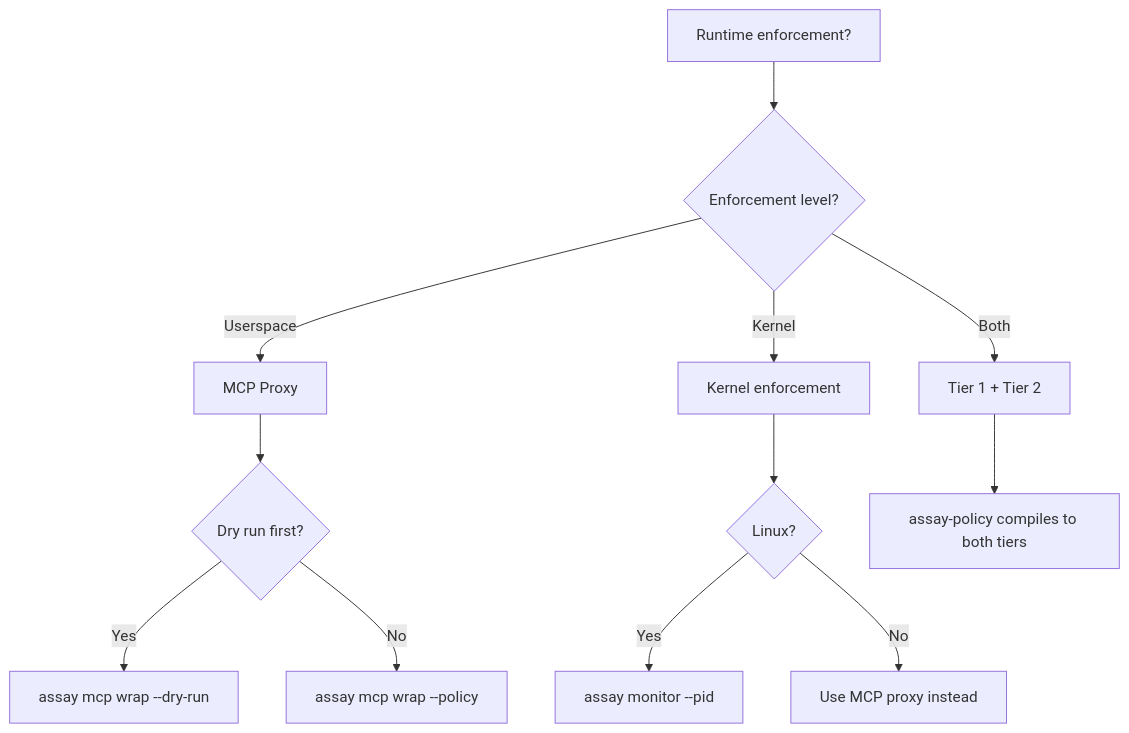
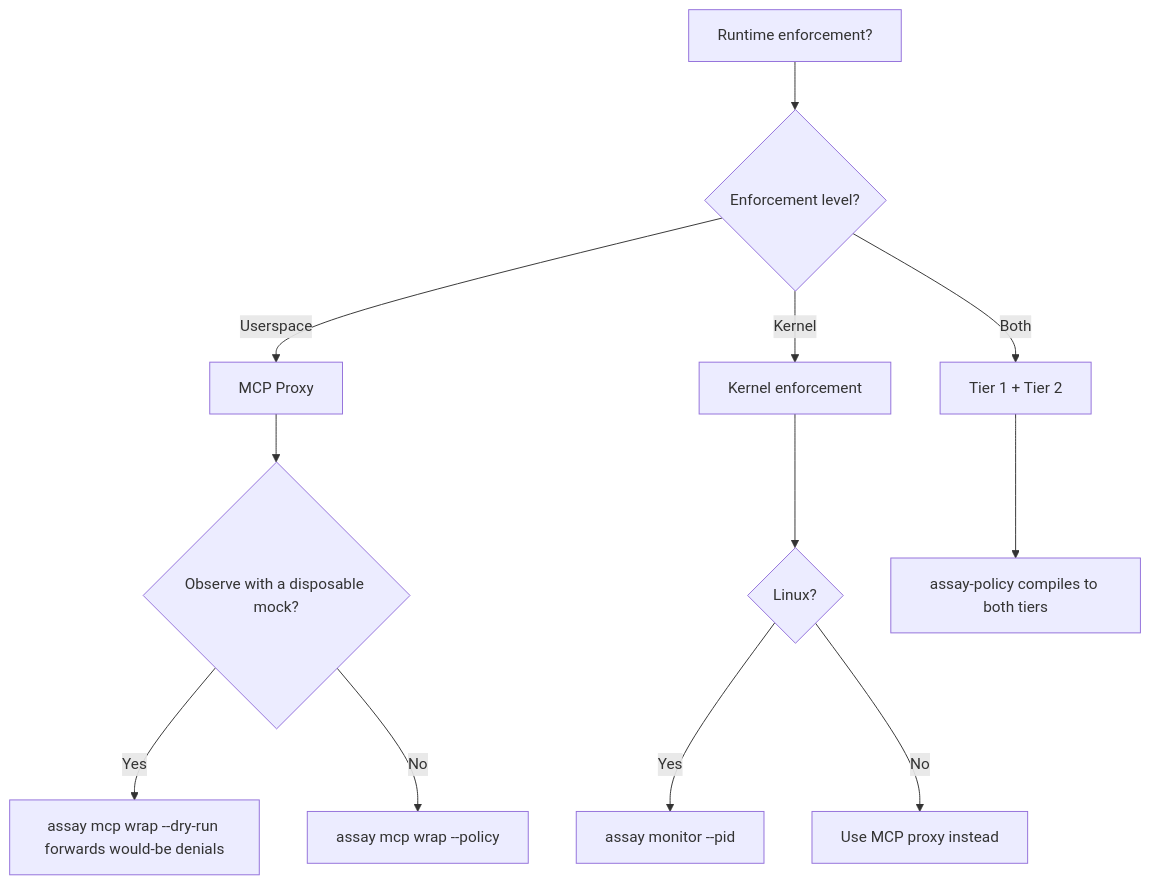
The seventh of 7 diagrams in docs/AIcontext/decision-trees.md (Rul1an/assay), drawn with Mermaid before and after one commit. The commit also changed 7 other files, not shown here.

````diff
--- a/docs/AIcontext/decision-trees.md
+++ b/docs/AIcontext/decision-trees.md
@@ -160,17 +160,17 @@
 ```mermaid
 flowchart TD
     START[Runtime enforcement?] --> LEVEL{Enforcement level?}
 
     LEVEL -->|Userspace| MCP[MCP Proxy]
-    MCP --> DRY{Dry run first?}
-    DRY -->|Yes| DRY_RUN[assay mcp wrap --dry-run]
+    MCP --> DRY{Observe with a disposable mock?}
+    DRY -->|Yes| DRY_RUN[assay mcp wrap --dry-run forwards would-be denials]
     DRY -->|No| ENFORCE[assay mcp wrap --policy]
 
     LEVEL -->|Kernel| KERNEL[Kernel enforcement]
     KERNEL --> LINUX{Linux?}
     LINUX -->|Yes| MONITOR[assay monitor --pid]
     LINUX -->|No| FALLBACK[Use MCP proxy instead]
 
     LEVEL -->|Both| COMBINED[Tier 1 + Tier 2]
     COMBINED --> COMPILE[assay-policy compiles to both tiers]
 ```
````
